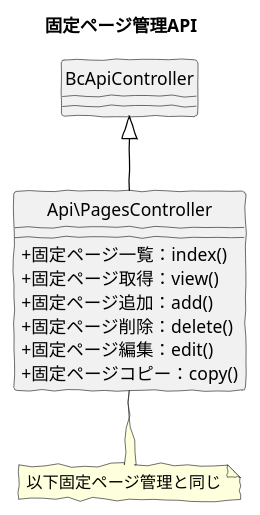
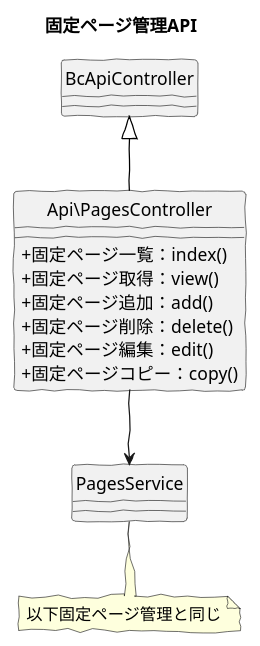
One commit to baserproject/baserproject.github.io changed the diagram in src/puml/5/ucmitz/svg/class/api_pages.puml. Above: the diagram before and after it, drawn with PlantUML. The commit also changed other lines of this file and 9 other files, not shown here.

Commit message:
ユーザーグループ管理APIのクラス図を追加

```diff
--- a/src/puml/5/ucmitz/svg/class/api_pages.puml
+++ b/src/puml/5/ucmitz/svg/class/api_pages.puml
@@ -1,21 +1,26 @@
 @startuml
 skinparam handwritten true
 skinparam backgroundColor white
 hide circle
 skinparam classAttributeIconSize 0
 
 title 固定ページ管理API
 
 class Api\PagesController {
     + 固定ページ一覧：index()
     + 固定ページ取得：view()  
     + 固定ページ追加：add() 
     + 固定ページ削除：delete() 
     + 固定ページ編集：edit() 
     + 固定ページコピー：copy() 
 }
 
 Api\PagesController -up[#Black]-|> BcApiController
+Api\PagesController --> PagesService
 note "以下固定ページ管理と同じ" as pageNote
-Api\PagesController .. pageNote
+PagesService .. pageNote
+
+
+
+
 @enduml
```
